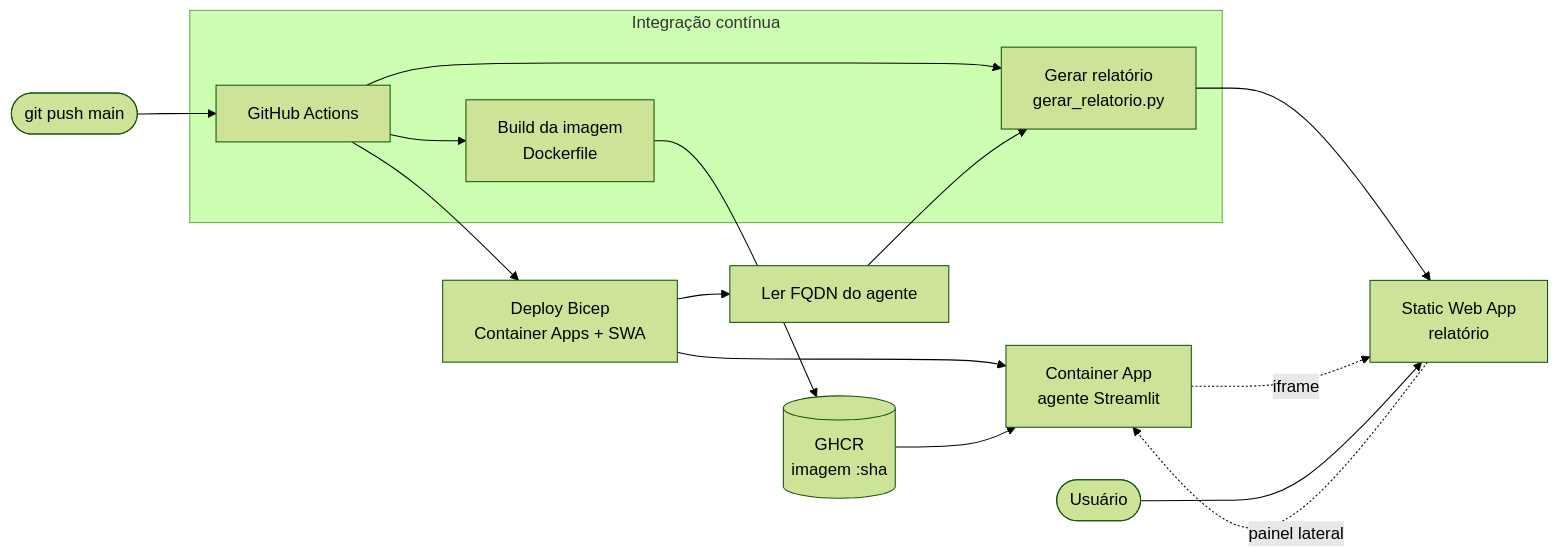
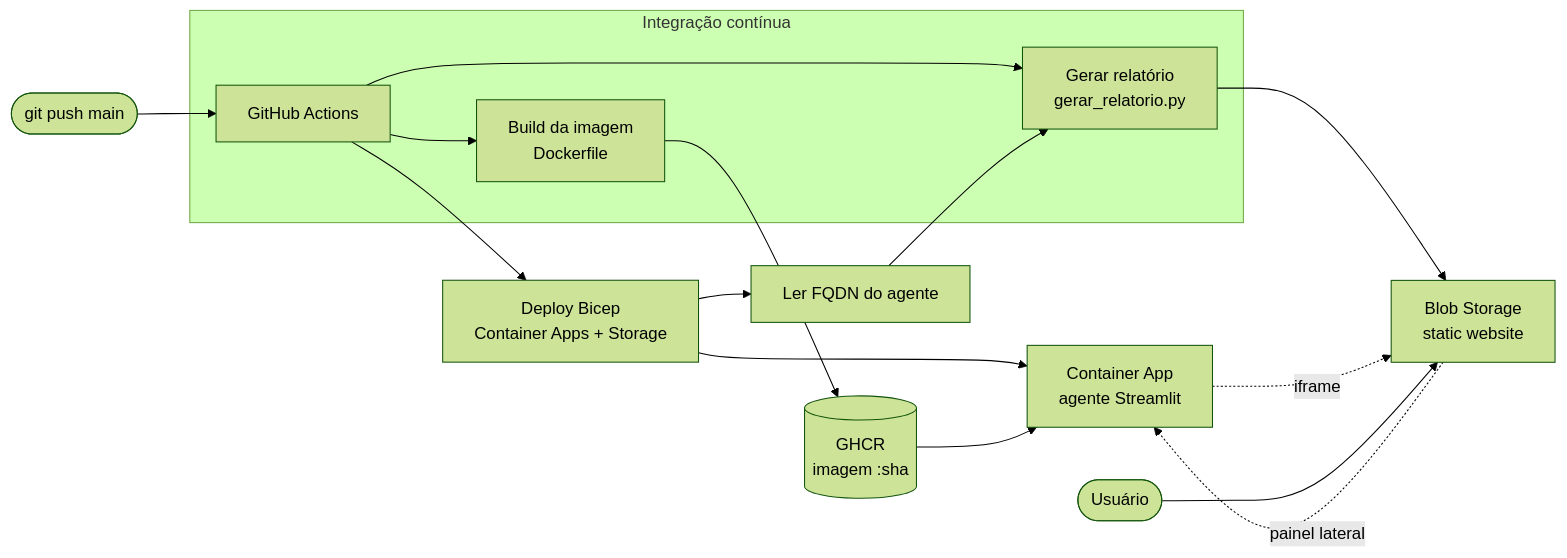
One commit to enosbarros-dotcom/el-nino changed the first of 2 diagrams in azure_pipeline.md. Above: the diagram before and after it, drawn with Mermaid (forest theme). The commit also changed other lines of this file, not shown here.

Commit message:
docs: sincroniza azure_pipeline.md com a arquitetura final (brazilsouth + Blob Storage static website)

````diff
--- a/azure_pipeline.md
+++ b/azure_pipeline.md
@@ -31,23 +33,23 @@
 ```mermaid
 flowchart LR
     dev([git push main]) --> gha[GitHub Actions]
 
     subgraph CI["Integração contínua"]
         gha --> build[Build da imagem<br/>Dockerfile]
         gha --> gen[Gerar relatório<br/>gerar_relatorio.py]
     end
 
     build --> ghcr[(GHCR<br/>imagem :sha)]
-    gha --> infra[Deploy Bicep<br/>Container Apps + SWA]
+    gha --> infra[Deploy Bicep<br/>Container Apps + Storage]
 
     infra --> caa[Container App<br/>agente Streamlit]
     ghcr --> caa
 
     infra --> fqdn[Ler FQDN do agente]
     fqdn --> gen
-    gen --> swa[Static Web App<br/>relatório]
+    gen --> blob[Blob Storage<br/>static website]
 
-    caa -. iframe .-> swa
-    user([Usuário]) --> swa
-    swa -. painel lateral .-> caa
+    caa -. iframe .-> blob
+    user([Usuário]) --> blob
+    blob -. painel lateral .-> caa
 ```
````
